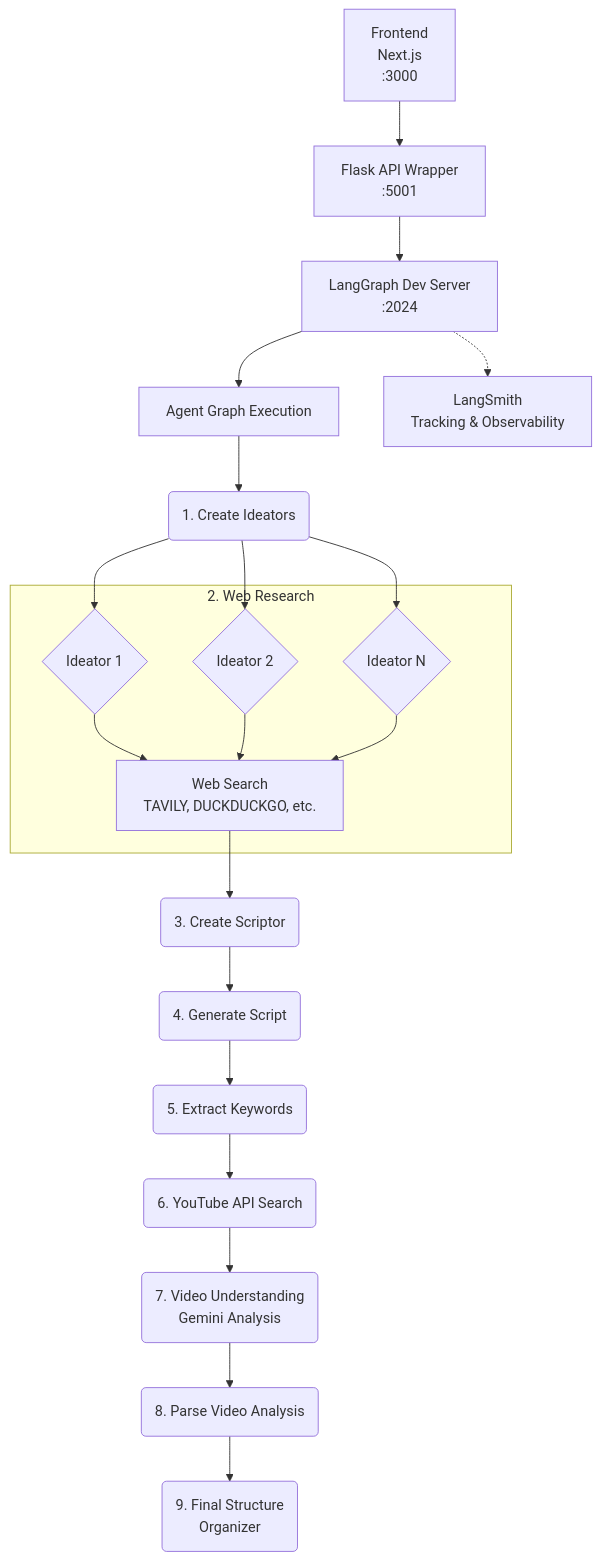
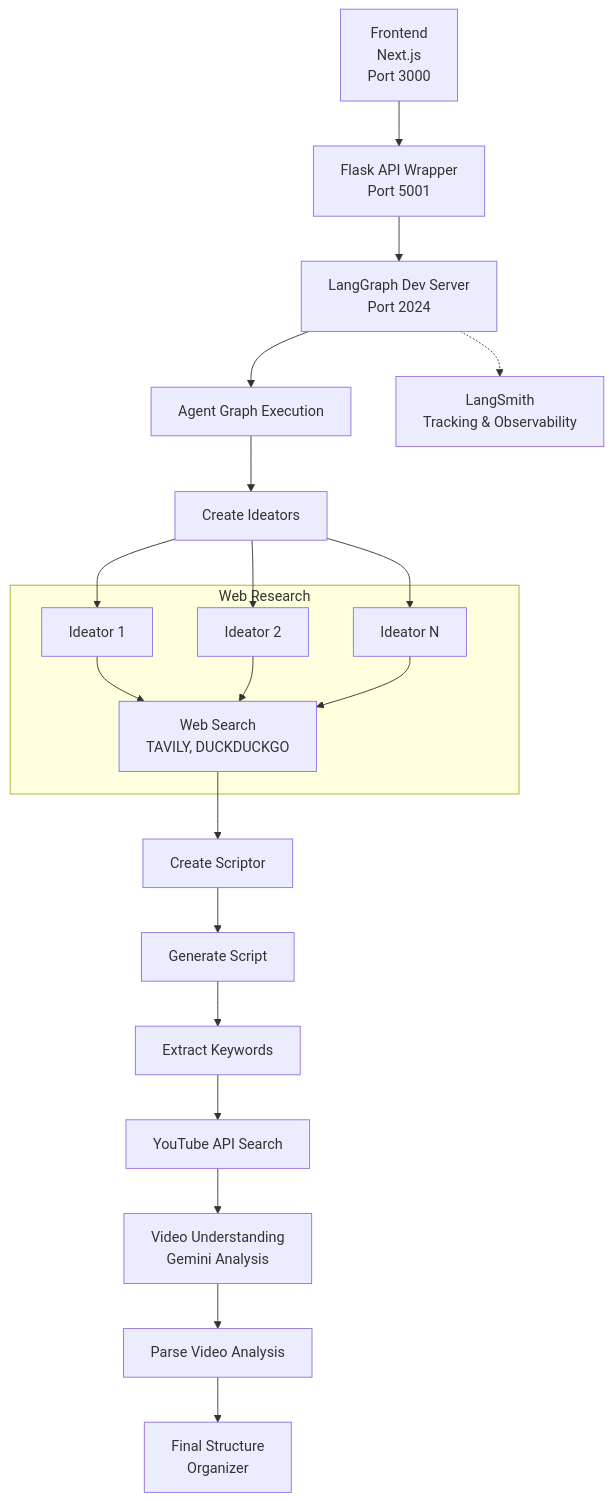
One commit to catmei/jaegers.ai changed the diagram in README.md. Above: the diagram before and after it, drawn with Mermaid.

Commit message:
fix mermaid syntax

````diff
--- a/README.md
+++ b/README.md
@@ -141,23 +141,23 @@
 ```mermaid
 graph TD
-    A[Frontend<br/>Next.js<br/>:3000] --> B[Flask API Wrapper<br/>:5001];
-    B --> C[LangGraph Dev Server<br/>:2024];
-    C --> D[Agent Graph Execution];
-    D --> E(1. Create Ideators);
-    E --> F{Ideator 1};
-    E --> G{Ideator 2};
-    E --> H{Ideator N};
-    subgraph "2. Web Research"
-        F --> I[Web Search<br/>TAVILY, DUCKDUCKGO, etc.];
-        G --> I;
-        H --> I;
+    A["Frontend<br/>Next.js<br/>Port 3000"] --> B["Flask API Wrapper<br/>Port 5001"]
+    B --> C["LangGraph Dev Server<br/>Port 2024"]
+    C --> D["Agent Graph Execution"]
+    D --> E["Create Ideators"]
+    E --> F["Ideator 1"]
+    E --> G["Ideator 2"] 
+    E --> H["Ideator N"]
+    subgraph Research["Web Research"]
+        F --> I["Web Search<br/>TAVILY, DUCKDUCKGO"]
+        G --> I
+        H --> I
     end
-    I --> J(3. Create Scriptor);
-    J --> K(4. Generate Script);
-    K --> L(5. Extract Keywords);
-    L --> M(6. YouTube API Search);
-    M --> N(7. Video Understanding<br/>Gemini Analysis);
-    N --> O(8. Parse Video Analysis);
-    O --> P(9. Final Structure<br/>Organizer);
-    C -.-> Q[LangSmith<br/>Tracking & Observability];
+    I --> J["Create Scriptor"]
+    J --> K["Generate Script"]
+    K --> L["Extract Keywords"]
+    L --> M["YouTube API Search"]
+    M --> N["Video Understanding<br/>Gemini Analysis"]
+    N --> O["Parse Video Analysis"]
+    O --> P["Final Structure<br/>Organizer"]
+    C -.-> Q["LangSmith<br/>Tracking & Observability"]
 ```
````
